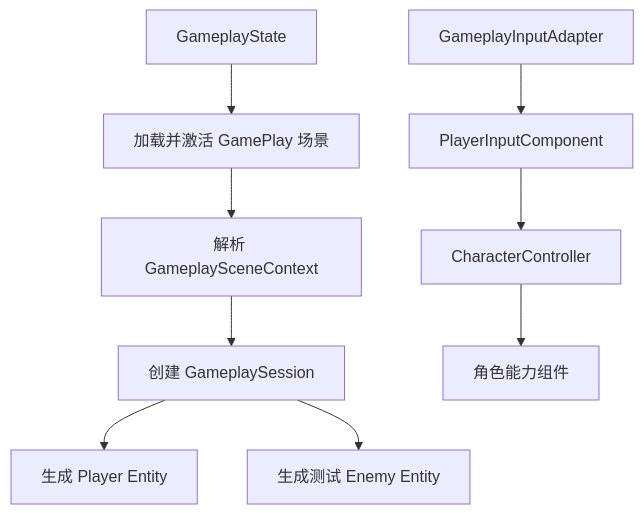
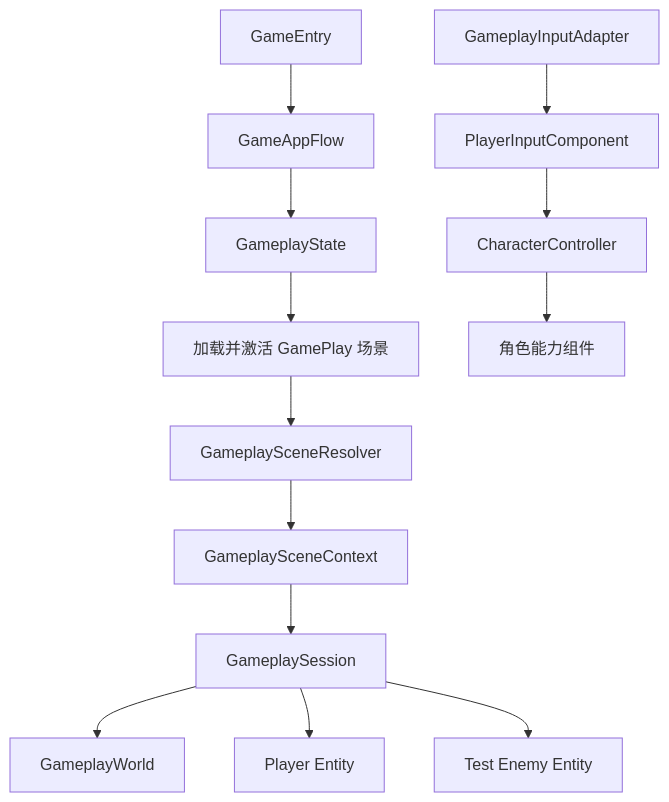
Before and after one commit to stttttttt/GrazeShotDemo: the first of 4 diagrams in Assets/Scripts/ShotGame/Docs/03_Gameplay场景接入与输入驱动计划.md, drawn with Mermaid. The commit also changed other lines of this file and 51 other files, not shown here.

````diff
--- a/Assets/Scripts/ShotGame/Docs/03_Gameplay场景接入与输入驱动计划.md
+++ b/Assets/Scripts/ShotGame/Docs/03_Gameplay场景接入与输入驱动计划.md
@@ -11,18 +13,23 @@
 ```mermaid
 flowchart TD
+    ENTRY[GameEntry]
+    FLOW[GameAppFlow]
     STATE[GameplayState]
     LOAD[加载并激活 GamePlay 场景]
-    RESOLVE[解析 GameplaySceneContext]
-    SESSION[创建 GameplaySession]
-    PLAYER[生成 Player Entity]
-    ENEMY[生成测试 Enemy Entity]
+    RESOLVE[GameplaySceneResolver]
+    CONTEXT[GameplaySceneContext]
+    SESSION[GameplaySession]
+    WORLD[GameplayWorld]
+    PLAYER[Player Entity]
+    ENEMY[Test Enemy Entity]
     INPUT[GameplayInputAdapter]
     INTENT[PlayerInputComponent]
-    CONTROLLER[CharacterController]
+    CONTROL[CharacterController]
     ABILITY[角色能力组件]
 
-    STATE --> LOAD --> RESOLVE --> SESSION
+    ENTRY --> FLOW --> STATE --> LOAD --> RESOLVE --> CONTEXT --> SESSION
+    SESSION --> WORLD
     SESSION --> PLAYER
     SESSION --> ENEMY
-    INPUT --> INTENT --> CONTROLLER --> ABILITY
+    INPUT --> INTENT --> CONTROL --> ABILITY
 ```
````
